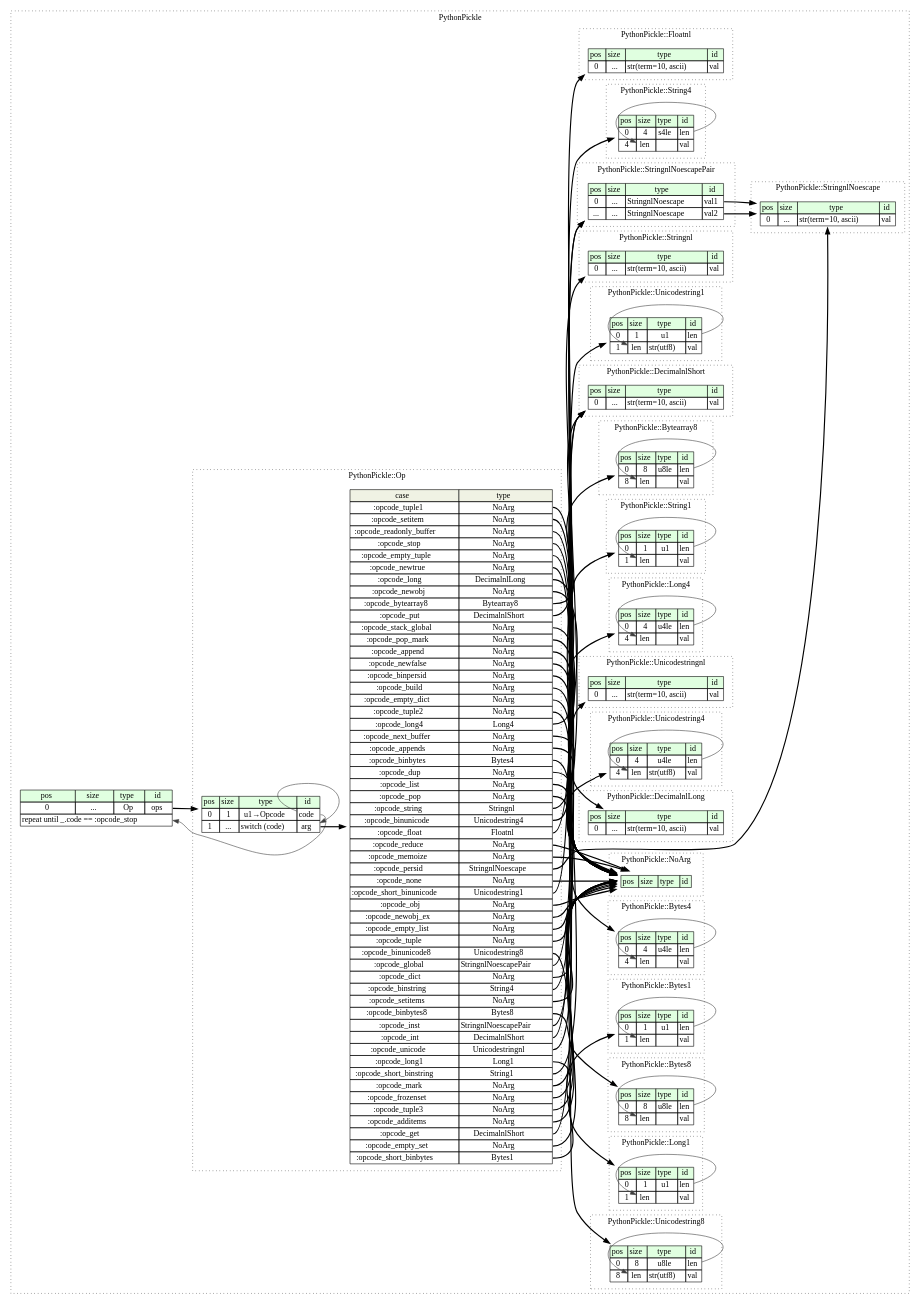
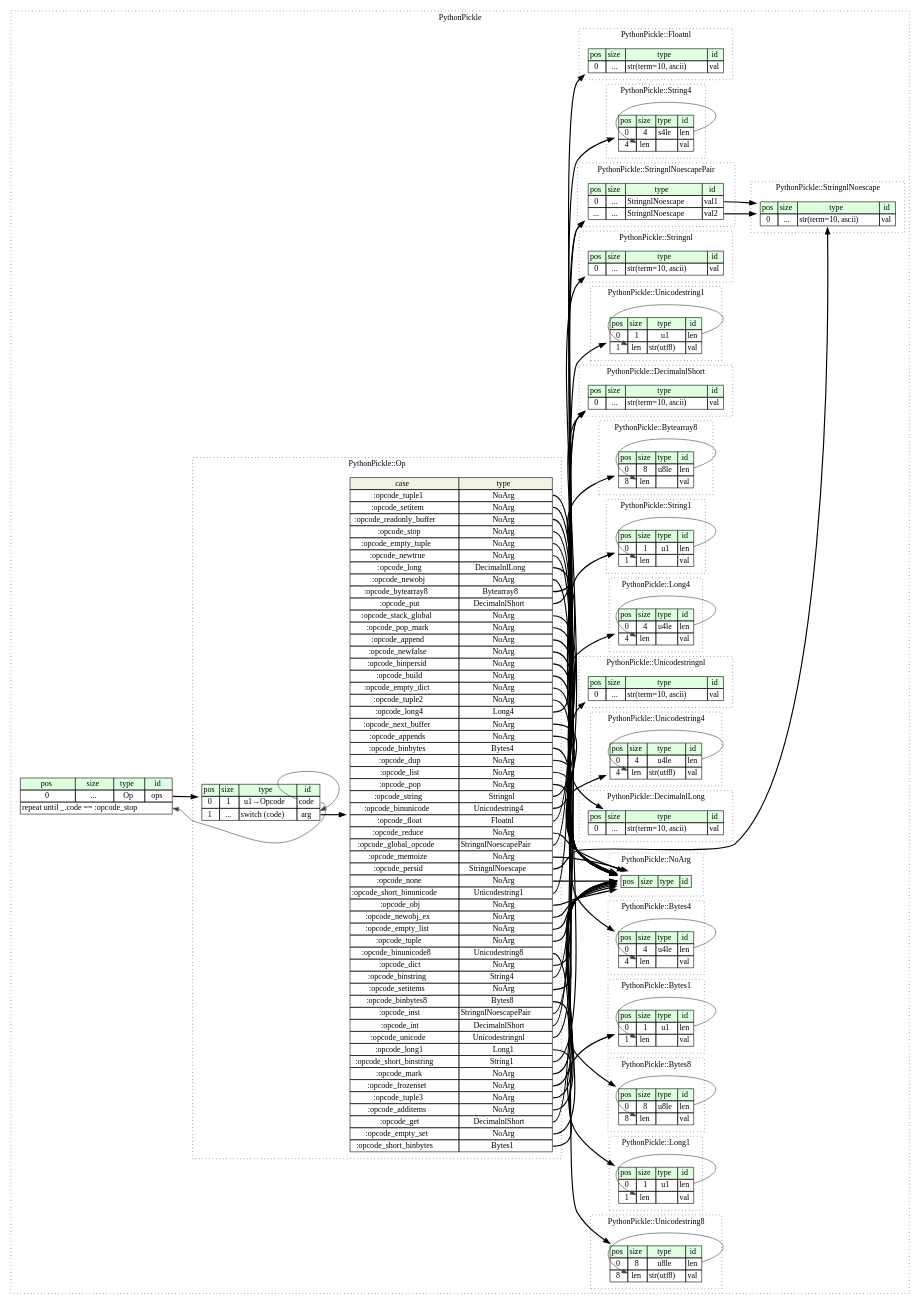
One commit to kaitai-io/formats-kaitai-io.github.io changed the diagram in python_pickle/src/graphviz/python_pickle.dot. Above: the diagram before and after it, drawn with Graphviz. The commit also changed 23 other files, not shown here.

```diff
--- a/python_pickle/src/graphviz/python_pickle.dot
+++ b/python_pickle/src/graphviz/python_pickle.dot
@@ -223,16 +223,16 @@
 	<TR><TD>:opcode_binunicode</TD><TD PORT="case26">Unicodestring4</TD></TR>
 	<TR><TD>:opcode_float</TD><TD PORT="case27">Floatnl</TD></TR>
 	<TR><TD>:opcode_reduce</TD><TD PORT="case28">NoArg</TD></TR>
-	<TR><TD>:opcode_memoize</TD><TD PORT="case29">NoArg</TD></TR>
-	<TR><TD>:opcode_persid</TD><TD PORT="case30">StringnlNoescape</TD></TR>
-	<TR><TD>:opcode_none</TD><TD PORT="case31">NoArg</TD></TR>
-	<TR><TD>:opcode_short_binunicode</TD><TD PORT="case32">Unicodestring1</TD></TR>
-	<TR><TD>:opcode_obj</TD><TD PORT="case33">NoArg</TD></TR>
-	<TR><TD>:opcode_newobj_ex</TD><TD PORT="case34">NoArg</TD></TR>
-	<TR><TD>:opcode_empty_list</TD><TD PORT="case35">NoArg</TD></TR>
-	<TR><TD>:opcode_tuple</TD><TD PORT="case36">NoArg</TD></TR>
-	<TR><TD>:opcode_binunicode8</TD><TD PORT="case37">Unicodestring8</TD></TR>
-	<TR><TD>:opcode_global</TD><TD PORT="case38">StringnlNoescapePair</TD></TR>
+	<TR><TD>:opcode_global_opcode</TD><TD PORT="case29">StringnlNoescapePair</TD></TR>
+	<TR><TD>:opcode_memoize</TD><TD PORT="case30">NoArg</TD></TR>
+	<TR><TD>:opcode_persid</TD><TD PORT="case31">StringnlNoescape</TD></TR>
+	<TR><TD>:opcode_none</TD><TD PORT="case32">NoArg</TD></TR>
+	<TR><TD>:opcode_short_binunicode</TD><TD PORT="case33">Unicodestring1</TD></TR>
+	<TR><TD>:opcode_obj</TD><TD PORT="case34">NoArg</TD></TR>
+	<TR><TD>:opcode_newobj_ex</TD><TD PORT="case35">NoArg</TD></TR>
+	<TR><TD>:opcode_empty_list</TD><TD PORT="case36">NoArg</TD></TR>
+	<TR><TD>:opcode_tuple</TD><TD PORT="case37">NoArg</TD></TR>
+	<TR><TD>:opcode_binunicode8</TD><TD PORT="case38">Unicodestring8</TD></TR>
 	<TR><TD>:opcode_dict</TD><TD PORT="case39">NoArg</TD></TR>
 	<TR><TD>:opcode_binstring</TD><TD PORT="case40">String4</TD></TR>
 	<TR><TD>:opcode_setitems</TD><TD PORT="case41">NoArg</TD></TR>
@@ -306,16 +306,16 @@
 	op__seq_arg_switch:case26 -> unicodestring4__seq [style=bold];
 	op__seq_arg_switch:case27 -> floatnl__seq [style=bold];
 	op__seq_arg_switch:case28 -> no_arg__seq [style=bold];
-	op__seq_arg_switch:case29 -> no_arg__seq [style=bold];
-	op__seq_arg_switch:case30 -> stringnl_noescape__seq [style=bold];
-	op__seq_arg_switch:case31 -> no_arg__seq [style=bold];
-	op__seq_arg_switch:case32 -> unicodestring1__seq [style=bold];
-	op__seq_arg_switch:case33 -> no_arg__seq [style=bold];
+	op__seq_arg_switch:case29 -> stringnl_noescape_pair__seq [style=bold];
+	op__seq_arg_switch:case30 -> no_arg__seq [style=bold];
+	op__seq_arg_switch:case31 -> stringnl_noescape__seq [style=bold];
+	op__seq_arg_switch:case32 -> no_arg__seq [style=bold];
+	op__seq_arg_switch:case33 -> unicodestring1__seq [style=bold];
 	op__seq_arg_switch:case34 -> no_arg__seq [style=bold];
 	op__seq_arg_switch:case35 -> no_arg__seq [style=bold];
 	op__seq_arg_switch:case36 -> no_arg__seq [style=bold];
-	op__seq_arg_switch:case37 -> unicodestring8__seq [style=bold];
-	op__seq_arg_switch:case38 -> stringnl_noescape_pair__seq [style=bold];
+	op__seq_arg_switch:case37 -> no_arg__seq [style=bold];
+	op__seq_arg_switch:case38 -> unicodestring8__seq [style=bold];
 	op__seq_arg_switch:case39 -> no_arg__seq [style=bold];
 	op__seq_arg_switch:case40 -> string4__seq [style=bold];
 	op__seq_arg_switch:case41 -> no_arg__seq [style=bold];
```
